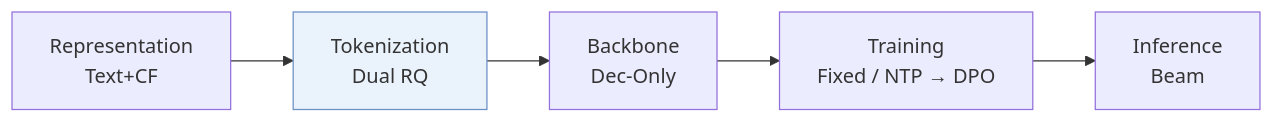
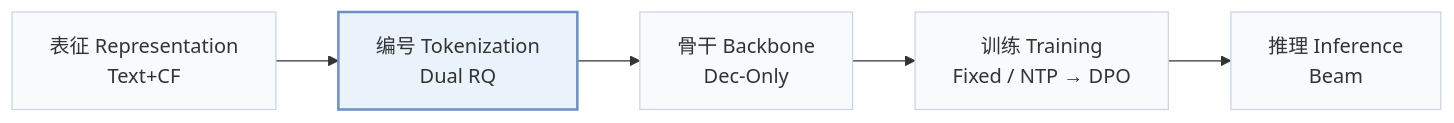
One commit to Galaxy-ghost/Awesome-SID-Generative-Rec changed the first of 3 diagrams in pages/zh/papers/align3gr.md. Above: the diagram before and after it, drawn with Mermaid. The commit also changed other lines of this file and 649 other files, not shown here.

Commit message:
writer-05: also tags and modality index (schema, check, build, visuals); summary field removed; calibration data for 12 papers

````diff
--- a/pages/zh/papers/align3gr.md
+++ b/pages/zh/papers/align3gr.md
@@ -13,6 +15,8 @@
 ```mermaid
 flowchart LR
-    R["Representation<br/>Text+CF"] --> T["Tokenization<br/>Dual RQ"] --> B["Backbone<br/>Dec-Only"] --> TR["Training<br/>Fixed / NTP → DPO"] --> I["Inference<br/>Beam"]
-    classDef main fill:#eaf2fb,stroke:#6b8fc7
+    R["表征 Representation<br/>Text+CF"] --> T["编号 Tokenization<br/>Dual RQ"] --> B["骨干 Backbone<br/>Dec-Only"] --> TR["训练 Training<br/>Fixed / NTP → DPO"] --> I["推理 Inference<br/>Beam"]
+    classDef base fill:#f8fafc,stroke:#cbd5e1
+    class R,T,B,TR,I base
+    classDef main fill:#eaf2fb,stroke:#6b8fc7,stroke-width:2px
     class T main
 ```
````
